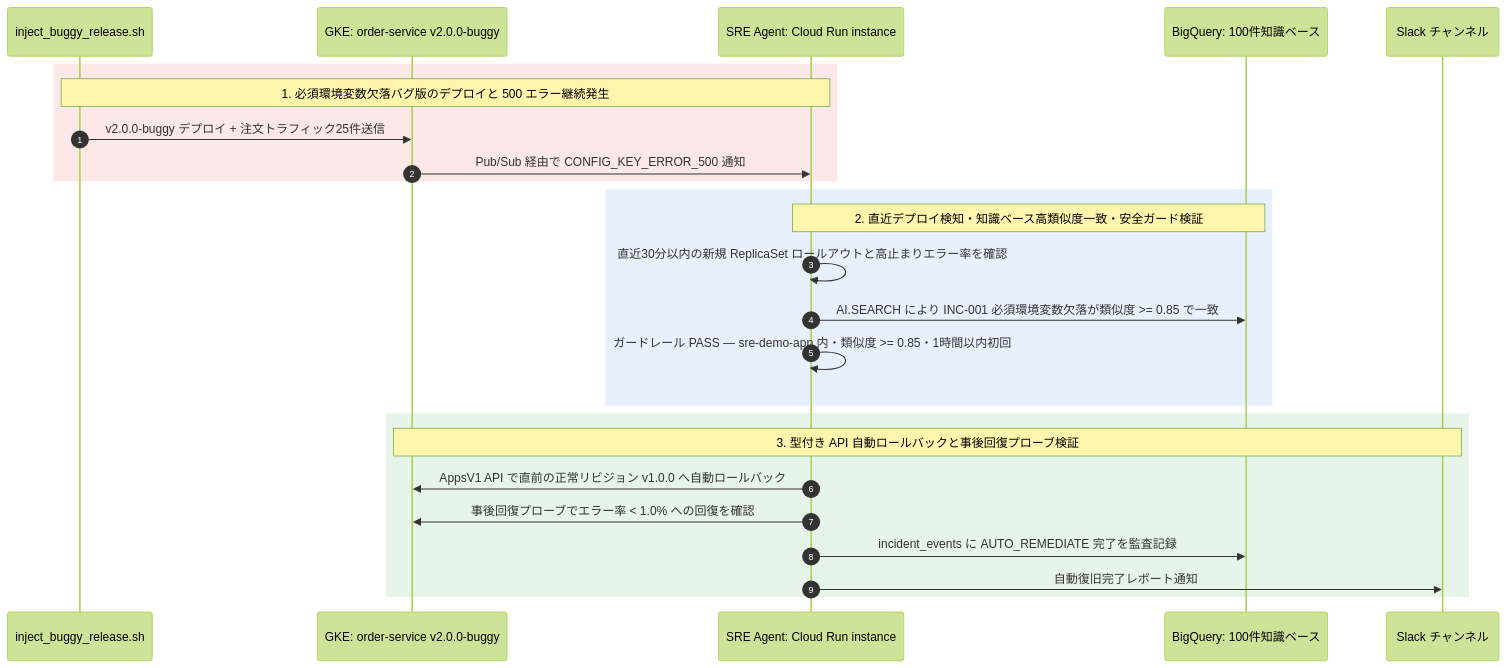
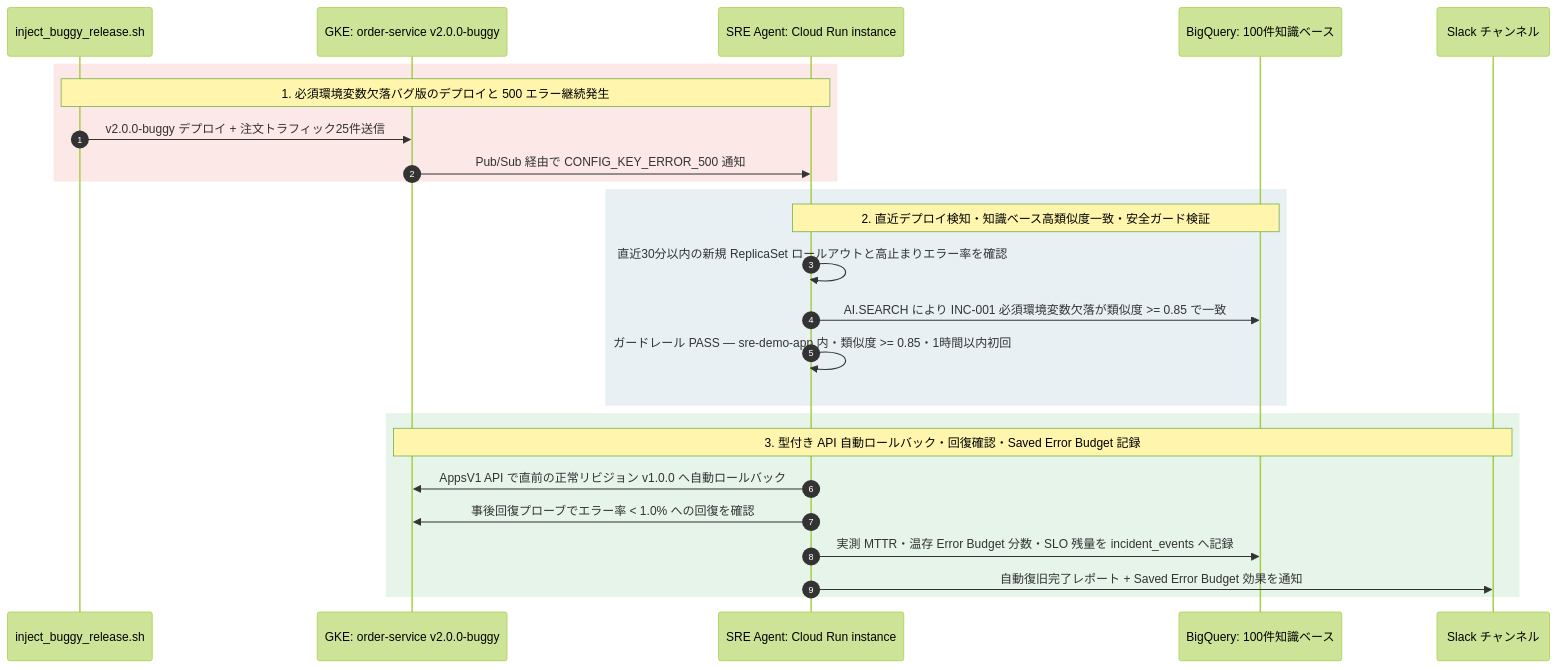
Before and after one commit to tyorikan/agentic-sre-handson: the third of 5 diagrams in docs/05-deploy-cloud-run-instance-and-drills.md, drawn with Mermaid (forest theme). The commit also changed other lines of this file and 27 other files, not shown here.

Commit message:
feat(slo): add Cloud Monitoring SLO & Error Budget savings tracking and polish workshop guides

````diff
--- a/docs/05-deploy-cloud-run-instance-and-drills.md
+++ b/docs/05-deploy-cloud-run-instance-and-drills.md
@@ -196,30 +185,30 @@
 ```mermaid
 sequenceDiagram
     autonumber
     participant Script as inject_buggy_release.sh
     participant GKE as GKE: order-service v2.0.0-buggy
     participant Agent as SRE Agent: Cloud Run instance
     participant BQ as BigQuery: 100件知識ベース
     participant Slack as Slack チャンネル
 
     rect rgb(252, 232, 230)
         Note over Script,Agent: 1. 必須環境変数欠落バグ版のデプロイと 500 エラー継続発生
         Script->>GKE: v2.0.0-buggy デプロイ + 注文トラフィック25件送信
         GKE->>Agent: Pub/Sub 経由で CONFIG_KEY_ERROR_500 通知
     end
 
-    rect rgb(232, 240, 254)
+    rect rgb(232, 240, 244)
         Note over Agent,BQ: 2. 直近デプロイ検知・知識ベース高類似度一致・安全ガード検証
         Agent->>Agent: 直近30分以内の新規 ReplicaSet ロールアウトと高止まりエラー率を確認
         Agent->>BQ: AI.SEARCH により INC-001 必須環境変数欠落が類似度 >= 0.85 で一致
         Agent->>Agent: ガードレール PASS — sre-demo-app 内・類似度 >= 0.85・1時間以内初回
     end
 
     rect rgb(230, 244, 234)
-        Note over GKE,Slack: 3. 型付き API 自動ロールバックと事後回復プローブ検証
+        Note over GKE,Slack: 3. 型付き API 自動ロールバック・回復確認・Saved Error Budget 記録
         Agent->>GKE: AppsV1 API で直前の正常リビジョン v1.0.0 へ自動ロールバック
         Agent->>GKE: 事後回復プローブでエラー率 < 1.0% への回復を確認
-        Agent->>BQ: incident_events に AUTO_REMEDIATE 完了を監査記録
-        Agent->>Slack: 自動復旧完了レポート通知
+        Agent->>BQ: 実測 MTTR・温存 Error Budget 分数・SLO 残量を incident_events へ記録
+        Agent->>Slack: 自動復旧完了レポート + Saved Error Budget 効果を通知
     end
 ```
````
